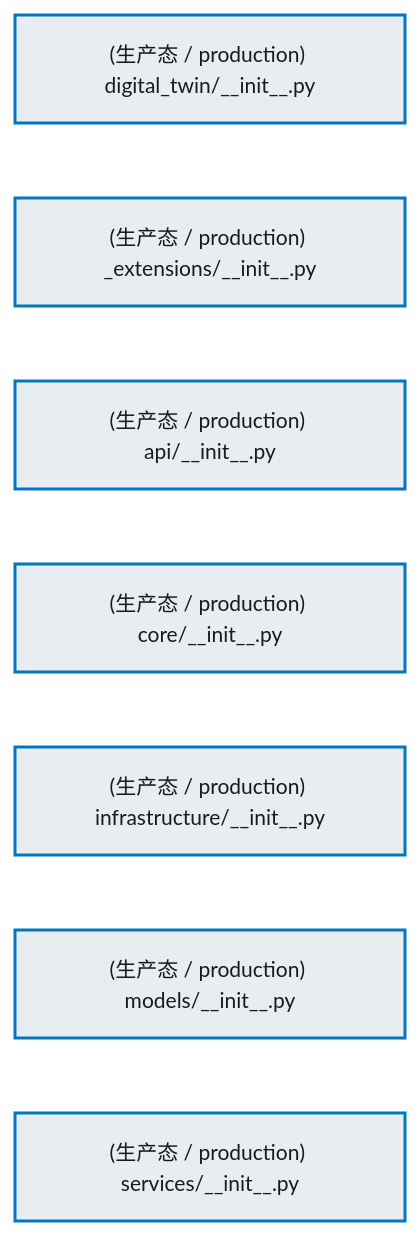
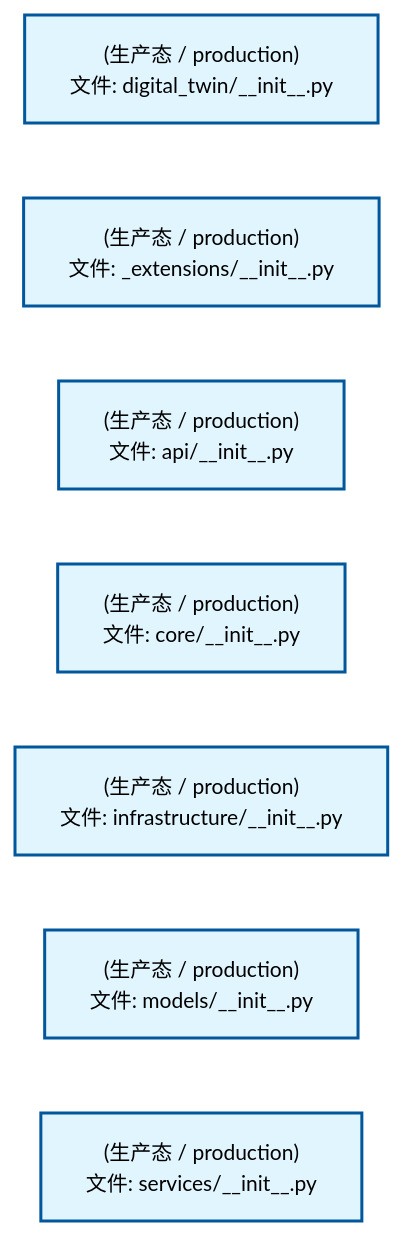
Before and after one commit to xuanFelixVan/ZephyrAlpha: the second of 2 diagrams in docs/02_enterprise_architecture/02_domain_architecture_docs/42_d_digital_twin.md, drawn with Mermaid. The commit also changed other lines of this file and 75 other files, not shown here.

````diff
--- a/docs/02_enterprise_architecture/02_domain_architecture_docs/42_d_digital_twin.md
+++ b/docs/02_enterprise_architecture/02_domain_architecture_docs/42_d_digital_twin.md
@@ -96,22 +96,22 @@
 ```mermaid
 %%{init: {'theme': 'base', 'themeVariables': {'primaryColor': '#eaeaea', 'primaryTextColor': '#333333', 'primaryBorderColor': '#666666', 'lineColor': '#666666', 'secondaryColor': '#eaeaea', 'tertiaryColor': '#eaeaea', 'fontSize': '14px'}}}%%
 flowchart TD
-    src_zephyr_digital_twin_init_py["(生产态 / production) digital_twin/__init__.py"]
-    src_zephyr_digital_twin_extensions_init_py["(生产态 / production) _extensions/__init__.py"]
-    src_zephyr_digital_twin_api_init_py["(生产态 / production) api/__init__.py"]
-    src_zephyr_digital_twin_core_init_py["(生产态 / production) core/__init__.py"]
-    src_zephyr_digital_twin_infrastructure_init_py["(生产态 / production) infrastructure/__init__.py"]
-    src_zephyr_digital_twin_models_init_py["(生产态 / production) models/__init__.py"]
-    src_zephyr_digital_twin_services_init_py["(生产态 / production) services/__init__.py"]
+    src_zephyr_digital_twin_init_py["(生产态 / production)<br/>文件: digital_twin/__init__.py"]
+    src_zephyr_digital_twin_extensions_init_py["(生产态 / production)<br/>文件: _extensions/__init__.py"]
+    src_zephyr_digital_twin_api_init_py["(生产态 / production)<br/>文件: api/__init__.py"]
+    src_zephyr_digital_twin_core_init_py["(生产态 / production)<br/>文件: core/__init__.py"]
+    src_zephyr_digital_twin_infrastructure_init_py["(生产态 / production)<br/>文件: infrastructure/__init__.py"]
+    src_zephyr_digital_twin_models_init_py["(生产态 / production)<br/>文件: models/__init__.py"]
+    src_zephyr_digital_twin_services_init_py["(生产态 / production)<br/>文件: services/__init__.py"]
     src_zephyr_digital_twin_init_py ~~~ src_zephyr_digital_twin_extensions_init_py
     src_zephyr_digital_twin_extensions_init_py ~~~ src_zephyr_digital_twin_api_init_py
     src_zephyr_digital_twin_api_init_py ~~~ src_zephyr_digital_twin_core_init_py
     src_zephyr_digital_twin_core_init_py ~~~ src_zephyr_digital_twin_infrastructure_init_py
     src_zephyr_digital_twin_infrastructure_init_py ~~~ src_zephyr_digital_twin_models_init_py
     src_zephyr_digital_twin_models_init_py ~~~ src_zephyr_digital_twin_services_init_py
-    classDef production fill:#e8edf2,stroke:#0277bd,stroke-width:2px,color:#1a1a1a
-    classDef design fill:#f0ebe3,stroke:#bf360c,stroke-width:2px,color:#1a1a1a,stroke-dasharray: 5 5
-    classDef external_prod fill:#e8efe9,stroke:#1b5e20,stroke-width:1px,color:#1a1a1a
-    classDef external_design fill:#efe5ea,stroke:#880e4f,stroke-width:1px,color:#1a1a1a,stroke-dasharray: 5 5
+    classDef production fill:#e1f5fe,stroke:#01579b,stroke-width:2px,color:#000
+    classDef design fill:#fff3e0,stroke:#e65100,stroke-width:2px,color:#000,stroke-dasharray: 5 5
+    classDef external_prod fill:#e8f4fd,stroke:#0277bd,stroke-width:1px,color:#000
+    classDef external_design fill:#fff8e7,stroke:#ef6c00,stroke-width:1px,color:#000,stroke-dasharray: 5 5
     class src_zephyr_digital_twin_init_py,src_zephyr_digital_twin_extensions_init_py,src_zephyr_digital_twin_api_init_py,src_zephyr_digital_twin_core_init_py,src_zephyr_digital_twin_infrastructure_init_py,src_zephyr_digital_twin_models_init_py,src_zephyr_digital_twin_services_init_py production
 ```
````
